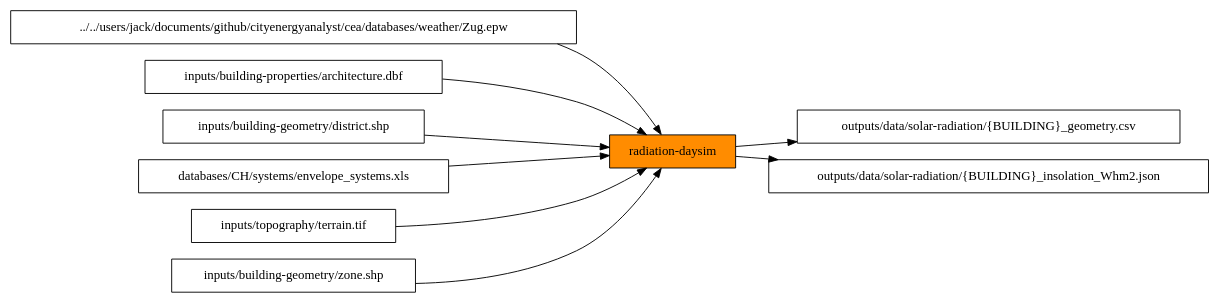
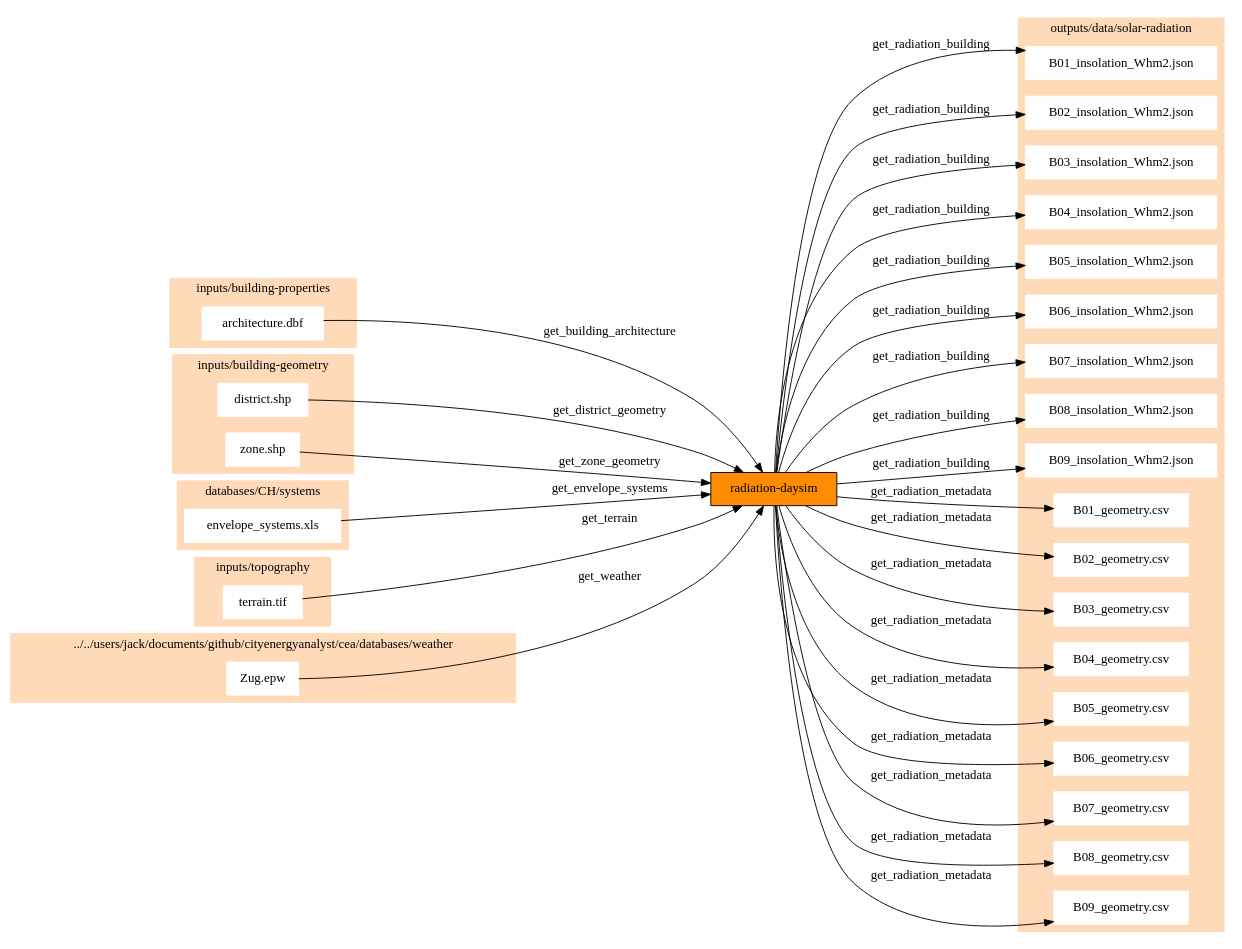
One commit to architecture-building-systems/CityEnergyAnalyst changed the diagram in docs/script_dependencies/radiation-daysim.gv. Above: the diagram before and after it, drawn with Graphviz. The commit also changed 21 other files, not shown here.

```diff
--- a/docs/script_dependencies/radiation-daysim.gv
+++ b/docs/script_dependencies/radiation-daysim.gv
@@ -1,13 +1,84 @@
 digraph trace_inputlocator {
     rankdir="LR";
     node [shape=box];
+    graph [overlap = false];
     "radiation-daysim"[style=filled, fillcolor=darkorange];
-    "radiation-daysim" -> "outputs/data/solar-radiation/{BUILDING}_geometry.csv";
-    "../../users/jack/documents/github/cityenergyanalyst/cea/databases/weather/Zug.epw" -> "radiation-daysim";
-    "inputs/building-properties/architecture.dbf" -> "radiation-daysim";
-    "inputs/building-geometry/district.shp" -> "radiation-daysim";
-    "databases/CH/systems/envelope_systems.xls" -> "radiation-daysim";
-    "radiation-daysim" -> "outputs/data/solar-radiation/{BUILDING}_insolation_Whm2.json";
-    "inputs/topography/terrain.tif" -> "radiation-daysim";
-    "inputs/building-geometry/zone.shp" -> "radiation-daysim";
+    "architecture.dbf" -> "radiation-daysim"[label="get_building_architecture"]
+    "district.shp" -> "radiation-daysim"[label="get_district_geometry"]
+    "envelope_systems.xls" -> "radiation-daysim"[label="get_envelope_systems"]
+    "terrain.tif" -> "radiation-daysim"[label="get_terrain"]
+    "Zug.epw" -> "radiation-daysim"[label="get_weather"]
+    "zone.shp" -> "radiation-daysim"[label="get_zone_geometry"]
+    "radiation-daysim" -> "B01_insolation_Whm2.json"[label="get_radiation_building"]
+    "radiation-daysim" -> "B02_insolation_Whm2.json"[label="get_radiation_building"]
+    "radiation-daysim" -> "B03_insolation_Whm2.json"[label="get_radiation_building"]
+    "radiation-daysim" -> "B04_insolation_Whm2.json"[label="get_radiation_building"]
+    "radiation-daysim" -> "B05_insolation_Whm2.json"[label="get_radiation_building"]
+    "radiation-daysim" -> "B06_insolation_Whm2.json"[label="get_radiation_building"]
+    "radiation-daysim" -> "B07_insolation_Whm2.json"[label="get_radiation_building"]
+    "radiation-daysim" -> "B08_insolation_Whm2.json"[label="get_radiation_building"]
+    "radiation-daysim" -> "B09_insolation_Whm2.json"[label="get_radiation_building"]
+    "radiation-daysim" -> "B01_geometry.csv"[label="get_radiation_metadata"]
+    "radiation-daysim" -> "B02_geometry.csv"[label="get_radiation_metadata"]
+    "radiation-daysim" -> "B03_geometry.csv"[label="get_radiation_metadata"]
+    "radiation-daysim" -> "B04_geometry.csv"[label="get_radiation_metadata"]
+    "radiation-daysim" -> "B05_geometry.csv"[label="get_radiation_metadata"]
+    "radiation-daysim" -> "B06_geometry.csv"[label="get_radiation_metadata"]
+    "radiation-daysim" -> "B07_geometry.csv"[label="get_radiation_metadata"]
+    "radiation-daysim" -> "B08_geometry.csv"[label="get_radiation_metadata"]
+    "radiation-daysim" -> "B09_geometry.csv"[label="get_radiation_metadata"]
+    subgraph cluster_0 {
+        style = filled;
+        color = peachpuff;
+        label="../../users/jack/documents/github/cityenergyanalyst/cea/databases/weather";
+    "Zug.epw"[style=filled, color=white]
+    }
+    subgraph cluster_1 {
+        style = filled;
+        color = peachpuff;
+        label="databases/CH/systems";
+    "envelope_systems.xls"[style=filled, color=white]
+    }
+    subgraph cluster_2 {
+        style = filled;
+        color = peachpuff;
+        label="inputs/building-geometry";
+    "district.shp"[style=filled, color=white]
+    "zone.shp"[style=filled, color=white]
+    }
+    subgraph cluster_3 {
+        style = filled;
+        color = peachpuff;
+        label="inputs/building-properties";
+    "architecture.dbf"[style=filled, color=white]
+    }
+    subgraph cluster_4 {
+        style = filled;
+        color = peachpuff;
+        label="inputs/topography";
+    "terrain.tif"[style=filled, color=white]
+    }
+    subgraph cluster_5 {
+        style = filled;
+        color = peachpuff;
+        label="outputs/data/solar-radiation";
+    "B01_insolation_Whm2.json"[style=filled, color=white]
+    "B02_insolation_Whm2.json"[style=filled, color=white]
+    "B03_insolation_Whm2.json"[style=filled, color=white]
+    "B04_insolation_Whm2.json"[style=filled, color=white]
+    "B05_insolation_Whm2.json"[style=filled, color=white]
+    "B06_insolation_Whm2.json"[style=filled, color=white]
+    "B07_insolation_Whm2.json"[style=filled, color=white]
+    "B08_insolation_Whm2.json"[style=filled, color=white]
+    "B09_insolation_Whm2.json"[style=filled, color=white]
+    "B01_geometry.csv"[style=filled, color=white]
+    "B02_geometry.csv"[style=filled, color=white]
+    "B03_geometry.csv"[style=filled, color=white]
+    "B04_geometry.csv"[style=filled, color=white]
+    "B05_geometry.csv"[style=filled, color=white]
+    "B06_geometry.csv"[style=filled, color=white]
+    "B07_geometry.csv"[style=filled, color=white]
+    "B08_geometry.csv"[style=filled, color=white]
+    "B09_geometry.csv"[style=filled, color=white]
+    }
 }
```
